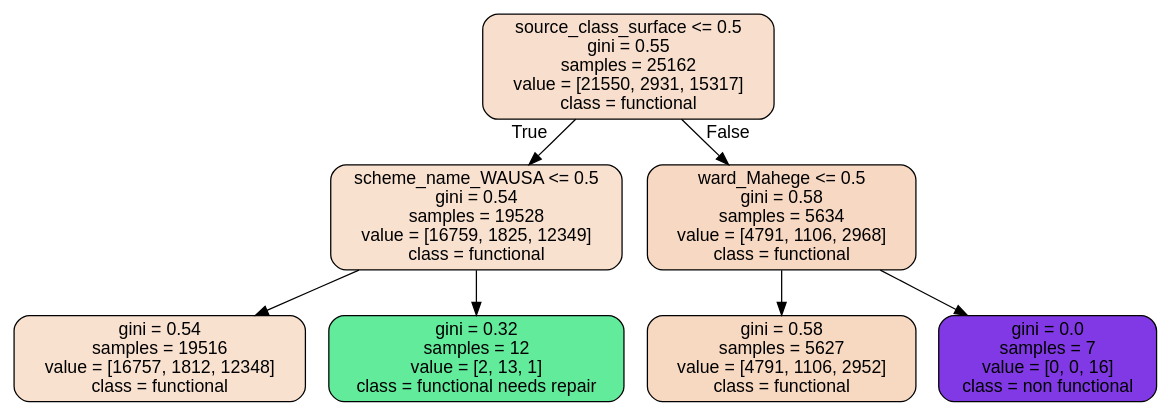
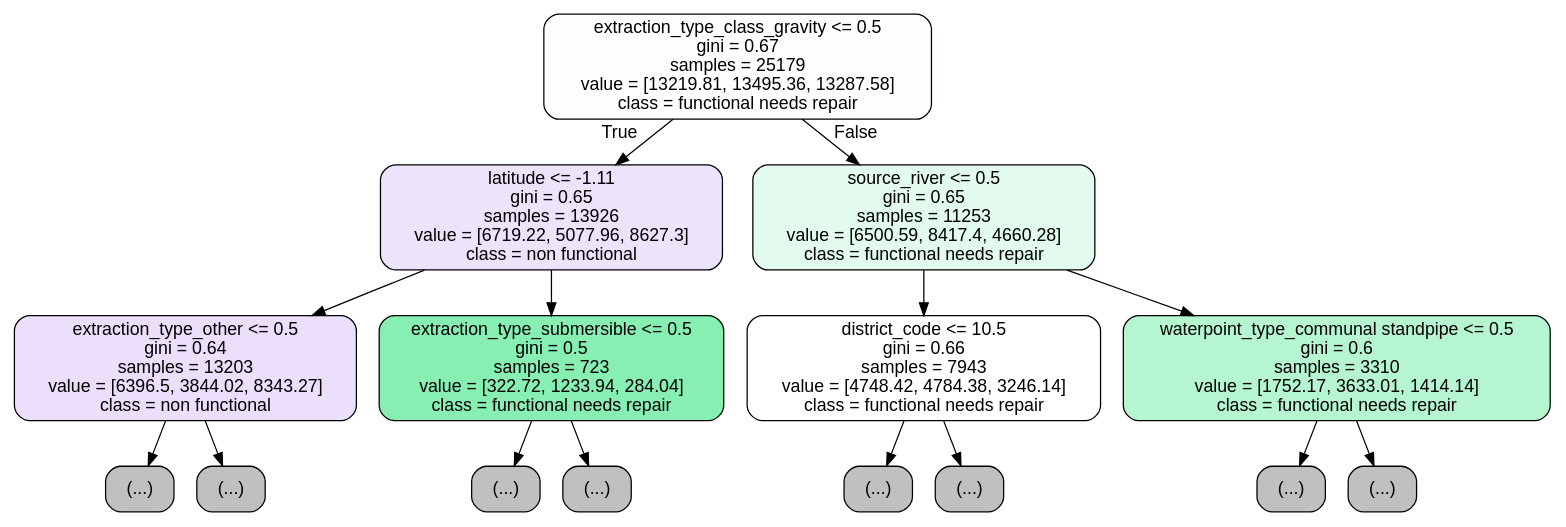
The diagram in capstone2-water/notebooks/tree.dot (Kennfucius/springboard), drawn with Graphviz before and after one commit. The commit also changed 15 other files, not shown here.

```diff
--- a/capstone2-water/notebooks/tree.dot
+++ b/capstone2-water/notebooks/tree.dot
@@ -1,17 +1,33 @@
 digraph Tree {
 node [shape=box, style="filled, rounded", color="black", fontname=helvetica] ;
 edge [fontname=helvetica] ;
-0 [label="source_class_surface <= 0.5\ngini = 0.55\nsamples = 25162\nvalue = [21550, 2931, 15317]\nclass = functional", fillcolor="#f8dfcd"] ;
-1 [label="scheme_name_WAUSA <= 0.5\ngini = 0.54\nsamples = 19528\nvalue = [16759, 1825, 12349]\nclass = functional", fillcolor="#f9e1d0"] ;
+0 [label="extraction_type_class_gravity <= 0.5\ngini = 0.67\nsamples = 25179\nvalue = [13219.81, 13495.36, 13287.58]\nclass = functional needs repair", fillcolor="#fdfffe"] ;
+1 [label="latitude <= -1.11\ngini = 0.65\nsamples = 13926\nvalue = [6719.22, 5077.96, 8627.3]\nclass = non functional", fillcolor="#ede3fb"] ;
 0 -> 1 [labeldistance=2.5, labelangle=45, headlabel="True"] ;
-2 [label="gini = 0.54\nsamples = 19516\nvalue = [16757, 1812, 12348]\nclass = functional", fillcolor="#f9e1d0"] ;
+2 [label="extraction_type_other <= 0.5\ngini = 0.64\nsamples = 13203\nvalue = [6396.5, 3844.02, 8343.27]\nclass = non functional", fillcolor="#ebdffb"] ;
 1 -> 2 ;
-3 [label="gini = 0.32\nsamples = 12\nvalue = [2, 13, 1]\nclass = functional needs repair", fillcolor="#63eb9c"] ;
-1 -> 3 ;
-4 [label="ward_Mahege <= 0.5\ngini = 0.58\nsamples = 5634\nvalue = [4791, 1106, 2968]\nclass = functional", fillcolor="#f7d8c2"] ;
-0 -> 4 [labeldistance=2.5, labelangle=-45, headlabel="False"] ;
-5 [label="gini = 0.58\nsamples = 5627\nvalue = [4791, 1106, 2952]\nclass = functional", fillcolor="#f7d8c1"] ;
-4 -> 5 ;
-6 [label="gini = 0.0\nsamples = 7\nvalue = [0, 0, 16]\nclass = non functional", fillcolor="#8139e5"] ;
-4 -> 6 ;
+3 [label="(...)", fillcolor="#C0C0C0"] ;
+2 -> 3 ;
+10332 [label="(...)", fillcolor="#C0C0C0"] ;
+2 -> 10332 ;
+11897 [label="extraction_type_submersible <= 0.5\ngini = 0.5\nsamples = 723\nvalue = [322.72, 1233.94, 284.04]\nclass = functional needs repair", fillcolor="#88efb3"] ;
+1 -> 11897 ;
+11898 [label="(...)", fillcolor="#C0C0C0"] ;
+11897 -> 11898 ;
+12669 [label="(...)", fillcolor="#C0C0C0"] ;
+11897 -> 12669 ;
+12694 [label="source_river <= 0.5\ngini = 0.65\nsamples = 11253\nvalue = [6500.59, 8417.4, 4660.28]\nclass = functional needs repair", fillcolor="#e2fbed"] ;
+0 -> 12694 [labeldistance=2.5, labelangle=-45, headlabel="False"] ;
+12695 [label="district_code <= 10.5\ngini = 0.66\nsamples = 7943\nvalue = [4748.42, 4784.38, 3246.14]\nclass = functional needs repair", fillcolor="#fefffe"] ;
+12694 -> 12695 ;
+12696 [label="(...)", fillcolor="#C0C0C0"] ;
+12695 -> 12696 ;
+19771 [label="(...)", fillcolor="#C0C0C0"] ;
+12695 -> 19771 ;
+20230 [label="waterpoint_type_communal standpipe <= 0.5\ngini = 0.6\nsamples = 3310\nvalue = [1752.17, 3633.01, 1414.14]\nclass = functional needs repair", fillcolor="#b5f5d0"] ;
+12694 -> 20230 ;
+20231 [label="(...)", fillcolor="#C0C0C0"] ;
+20230 -> 20231 ;
+20758 [label="(...)", fillcolor="#C0C0C0"] ;
+20230 -> 20758 ;
 }
```
